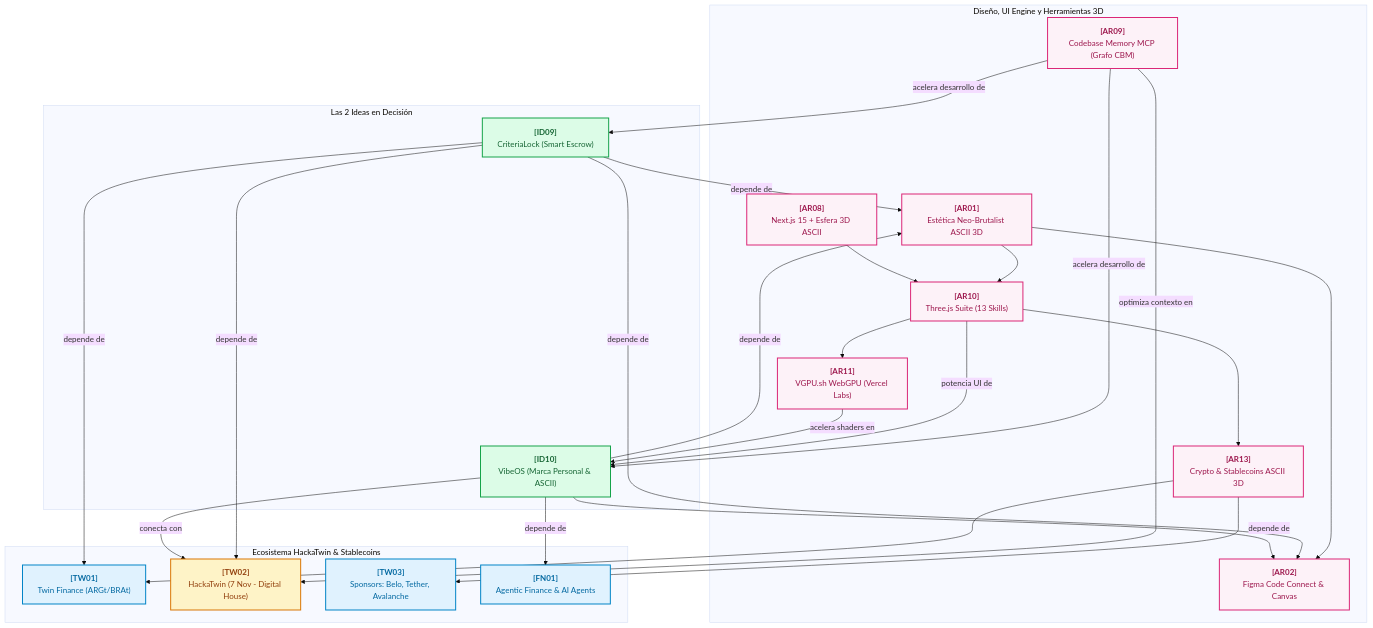
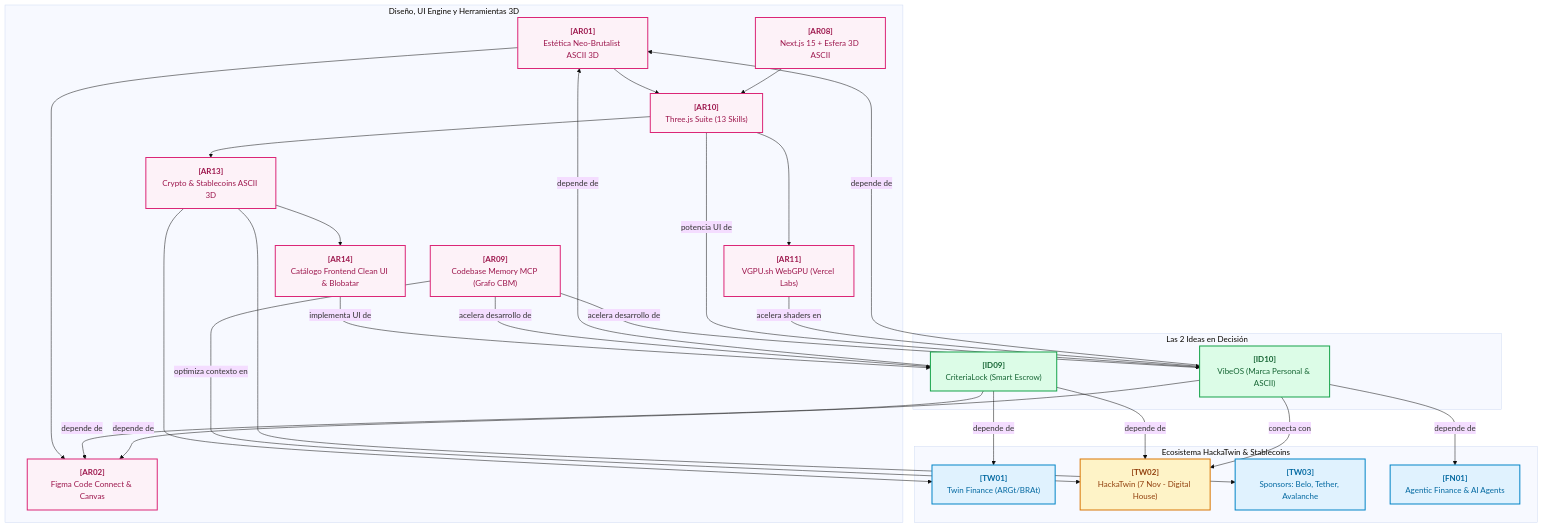
Before and after one commit to Voyager-Ov/cerebro-propuesta: the diagram in docs/cerebro/README.md, drawn with Mermaid (base theme). The commit also changed 20 other files, not shown here.

Commit message:
feat(frontend+cerebro): Clean sculptural UI, giant ASCII Blobatar, unboxed 3D coins & AR14 reusable kit

````diff
--- a/docs/cerebro/README.md
+++ b/docs/cerebro/README.md
@@ -19,53 +19,56 @@
 ```mermaid
 flowchart TD
     classDef hackathon fill:#fef3c7,stroke:#d97706,stroke-width:2px,color:#92400e;
     classDef patron fill:#ede9fe,stroke:#7c3aed,stroke-width:2px,color:#5b21b6;
     classDef situacion fill:#fee2e2,stroke:#dc2626,stroke-width:2px,color:#991b1b;
     classDef idea fill:#dcfce7,stroke:#16a34a,stroke-width:2px,color:#166534;
     classDef fintech fill:#e0f2fe,stroke:#0284c7,stroke-width:2px,color:#0369a1;
     classDef arquitectura fill:#fdf2f8,stroke:#db2777,stroke-width:2px,color:#9d174d;
 
     subgraph SG_diseno_arquitectura ["Diseño, UI Engine y Herramientas 3D"]
         node_AR01["<b>[AR01]</b><br/>Estética Neo-Brutalist ASCII 3D"]:::arquitectura
         node_AR02["<b>[AR02]</b><br/>Figma Code Connect & Canvas"]:::arquitectura
         node_AR08["<b>[AR08]</b><br/>Next.js 15 + Esfera 3D ASCII"]:::arquitectura
         node_AR09["<b>[AR09]</b><br/>Codebase Memory MCP (Grafo CBM)"]:::arquitectura
         node_AR10["<b>[AR10]</b><br/>Three.js Suite (13 Skills)"]:::arquitectura
         node_AR11["<b>[AR11]</b><br/>VGPU.sh WebGPU (Vercel Labs)"]:::arquitectura
         node_AR13["<b>[AR13]</b><br/>Crypto & Stablecoins ASCII 3D"]:::arquitectura
+        node_AR14["<b>[AR14]</b><br/>Catálogo Frontend Clean UI & Blobatar"]:::arquitectura
     end
 
     subgraph SG_ideas_equipo ["Las 2 Ideas en Decisión"]
         node_ID09["<b>[ID09]</b><br/>CriteriaLock (Smart Escrow)"]:::idea
         node_ID10["<b>[ID10]</b><br/>VibeOS (Marca Personal & ASCII)"]:::idea
     end
 
     subgraph SG_ecosistema_fintech ["Ecosistema HackaTwin & Stablecoins"]
         node_TW01["<b>[TW01]</b><br/>Twin Finance (ARGt/BRAt)"]:::fintech
         node_TW02["<b>[TW02]</b><br/>HackaTwin (7 Nov - Digital House)"]:::hackathon
         node_TW03["<b>[TW03]</b><br/>Sponsors: Belo, Tether, Avalanche"]:::fintech
         node_FN01["<b>[FN01]</b><br/>Agentic Finance & AI Agents"]:::fintech
     end
 
     node_AR01 --> node_AR02
     node_AR01 --> node_AR10
     node_AR10 --> node_AR11
     node_AR10 --> node_AR13
+    node_AR13 --> node_AR14
+    node_AR14 -->|implementa UI de| node_ID09
     node_AR13 --> node_TW01
     node_AR13 --> node_TW03
     node_AR08 --> node_AR10
     node_AR09 -->|acelera desarrollo de| node_ID09
     node_AR09 -->|acelera desarrollo de| node_ID10
     node_AR09 -->|optimiza contexto en| node_TW02
     node_AR10 -->|potencia UI de| node_ID10
     node_AR11 -->|acelera shaders en| node_ID10
     node_ID09 -->|depende de| node_TW01
     node_ID09 -->|depende de| node_TW02
     node_ID09 -->|depende de| node_AR01
     node_ID09 -->|depende de| node_AR02
 
     node_ID10 -->|depende de| node_AR01
     node_ID10 -->|depende de| node_AR02
     node_ID10 -->|depende de| node_FN01
     node_ID10 -->|conecta con| node_TW02
 ```
````
